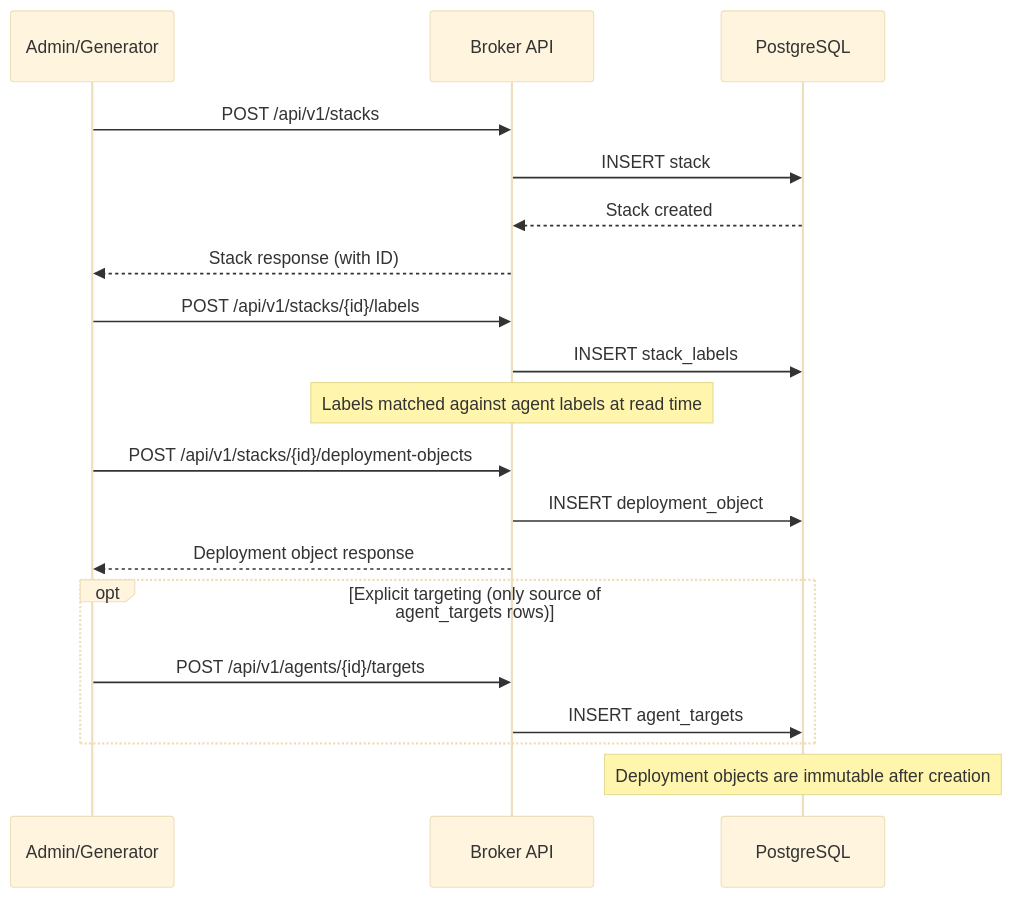
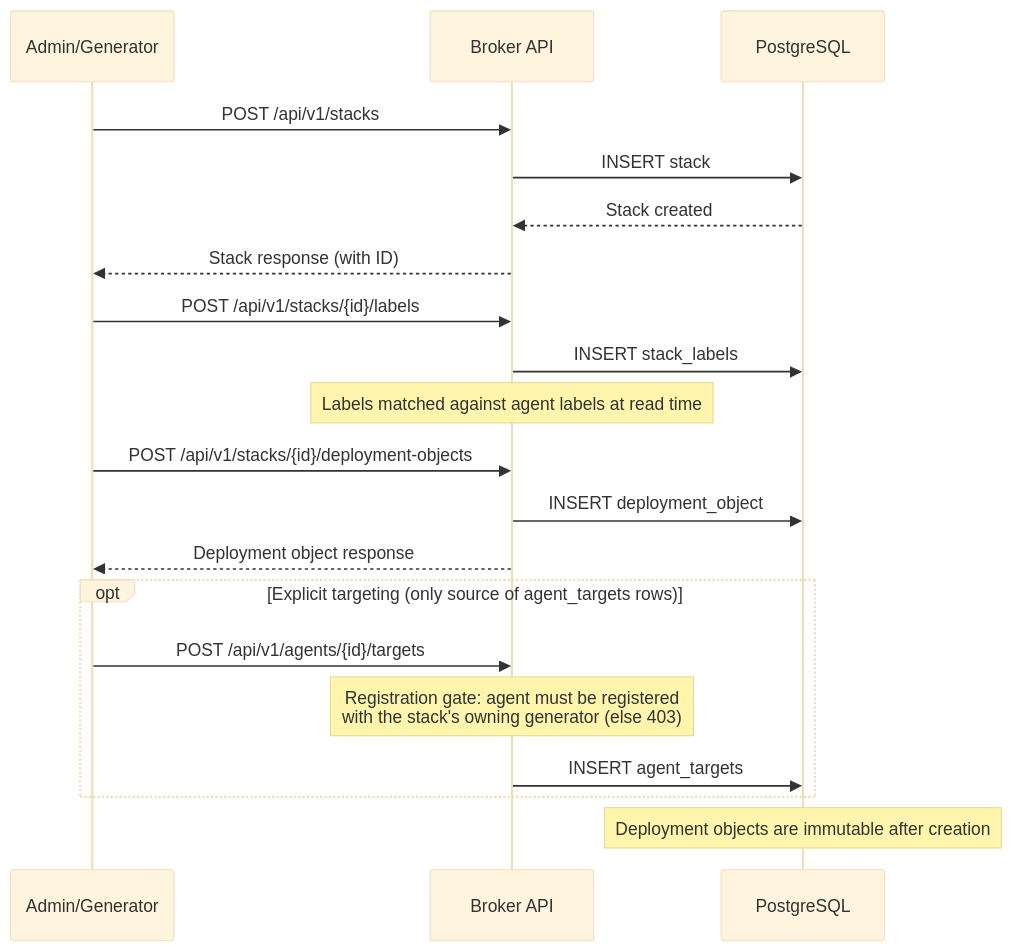
Before and after one commit to colliery-io/brokkr: the first of 11 diagrams in docs/src/explanation/data-flows.md, drawn with Mermaid (base theme). The commit also changed other lines of this file and 48 other files, not shown here.

````diff
--- a/docs/src/explanation/data-flows.md
+++ b/docs/src/explanation/data-flows.md
@@ -13,26 +13,27 @@
 ```mermaid
 sequenceDiagram
     participant Client as Admin/Generator
     participant Broker as Broker API
     participant DB as PostgreSQL
 
     Client->>Broker: POST /api/v1/stacks
     Broker->>DB: INSERT stack
     DB-->>Broker: Stack created
     Broker-->>Client: Stack response (with ID)
 
     Client->>Broker: POST /api/v1/stacks/{id}/labels
     Broker->>DB: INSERT stack_labels
     Note over Broker: Labels matched against agent labels at read time
 
     Client->>Broker: POST /api/v1/stacks/{id}/deployment-objects
     Broker->>DB: INSERT deployment_object
     Broker-->>Client: Deployment object response
 
     opt Explicit targeting (only source of agent_targets rows)
         Client->>Broker: POST /api/v1/agents/{id}/targets
+        Note over Broker: Registration gate: agent must be registered<br/>with the stack's owning generator (else 403)
         Broker->>DB: INSERT agent_targets
     end
 
     Note over DB: Deployment objects are immutable after creation
 ```
````
